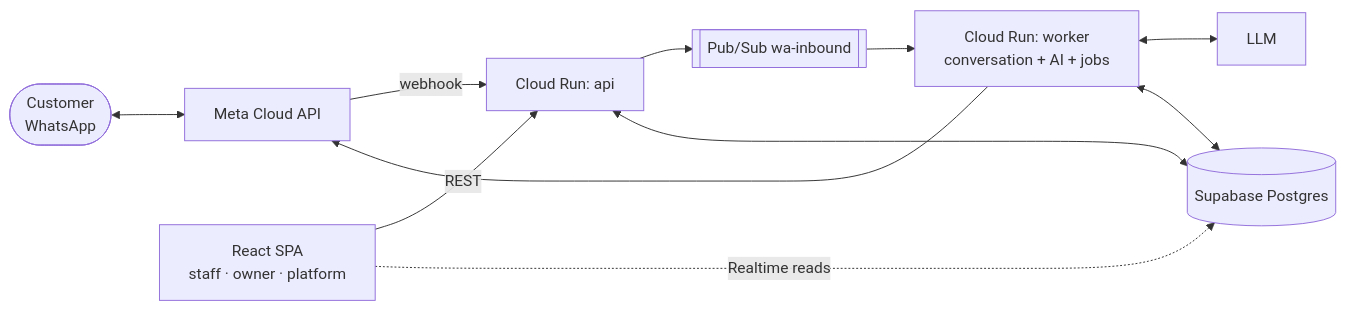
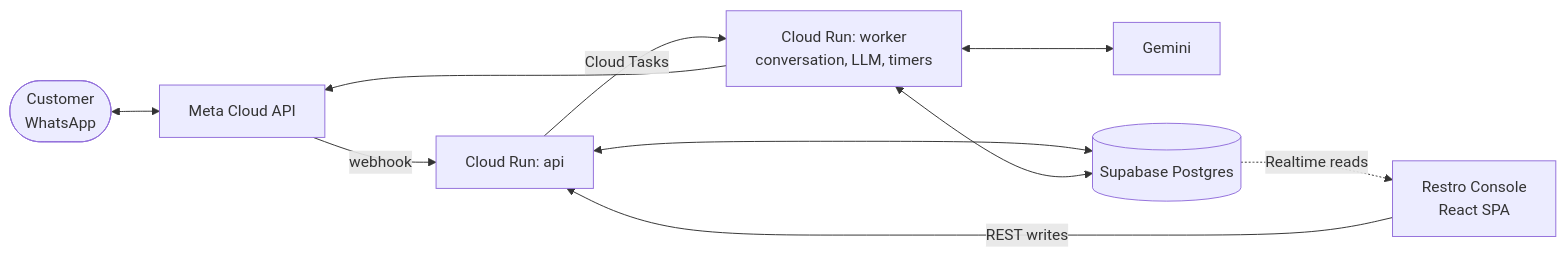
The diagram in README.md (Trylo-AI/Restro-Agent), drawn with Mermaid before and after one commit. The commit also changed other lines of this file and 12 other files, not shown here.

````diff
--- a/README.md
+++ b/README.md
@@ -19,12 +7,12 @@
 ```mermaid
 flowchart LR
     C(["Customer<br/>WhatsApp"]) <--> M["Meta Cloud API"]
     M -->|"webhook"| API["Cloud Run: api"]
-    API --> PS[["Pub/Sub wa-inbound"]] --> W["Cloud Run: worker<br/>conversation + AI + jobs"]
+    API -->|"Cloud Tasks"| W["Cloud Run: worker<br/>conversation, LLM, timers"]
     W --> M
-    W <--> LLM["LLM"]
+    W <--> LLM["Gemini"]
     API <--> DB[("Supabase Postgres")]
     W <--> DB
-    SPA["React SPA<br/>staff · owner · platform"] -->|"REST"| API
-    SPA -.->|"Realtime reads"| DB
+    CON["Restro Console<br/>React SPA"] -->|"REST writes"| API
+    DB -.->|"Realtime reads"| CON
 ```
````
